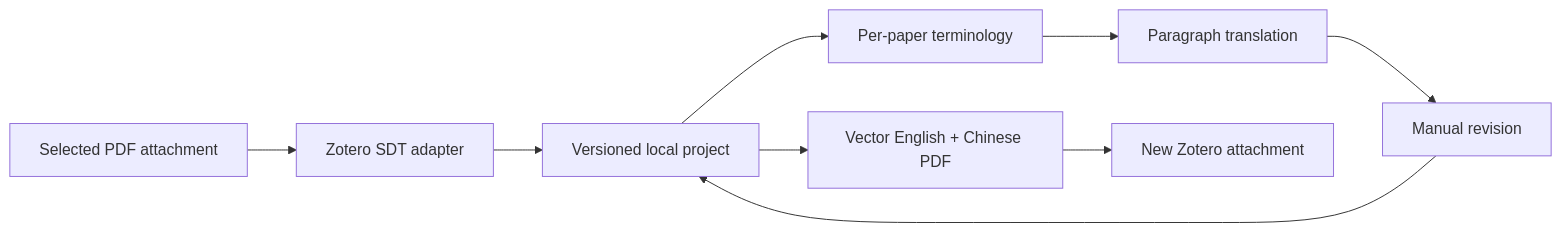
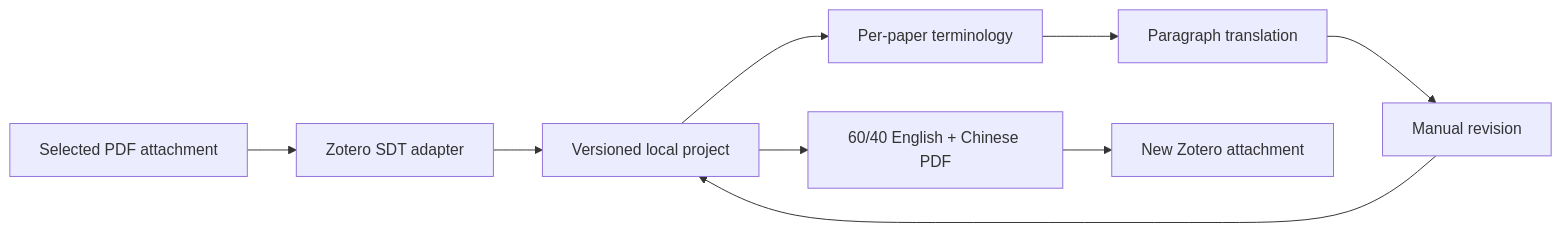
The diagram in docs/ARCHITECTURE.md (alan-hpc/zotero-paper-weave), drawn with Mermaid before and after one commit. The commit also changed other lines of this file and 18 other files, not shown here.

````diff
--- a/docs/ARCHITECTURE.md
+++ b/docs/ARCHITECTURE.md
@@ -5,11 +5,11 @@
 ```mermaid
 flowchart LR
     A[Selected PDF attachment] --> B[Zotero SDT adapter]
     B --> C[Versioned local project]
     C --> D[Per-paper terminology]
     D --> E[Paragraph translation]
     E --> F[Manual revision]
     F --> C
-    C --> G[Vector English + Chinese PDF]
+    C --> G[60/40 English + Chinese PDF]
     G --> H[New Zotero attachment]
 ```
````
